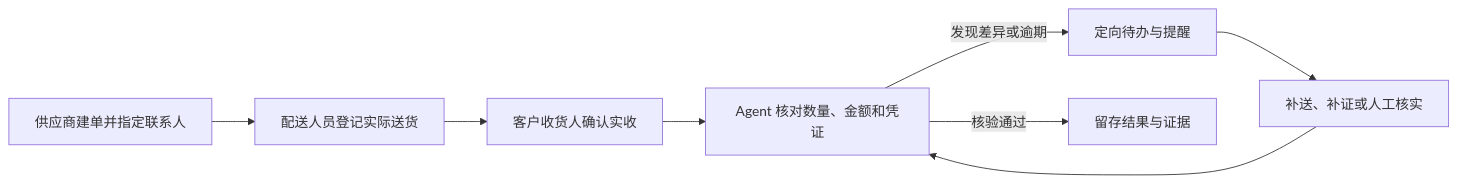
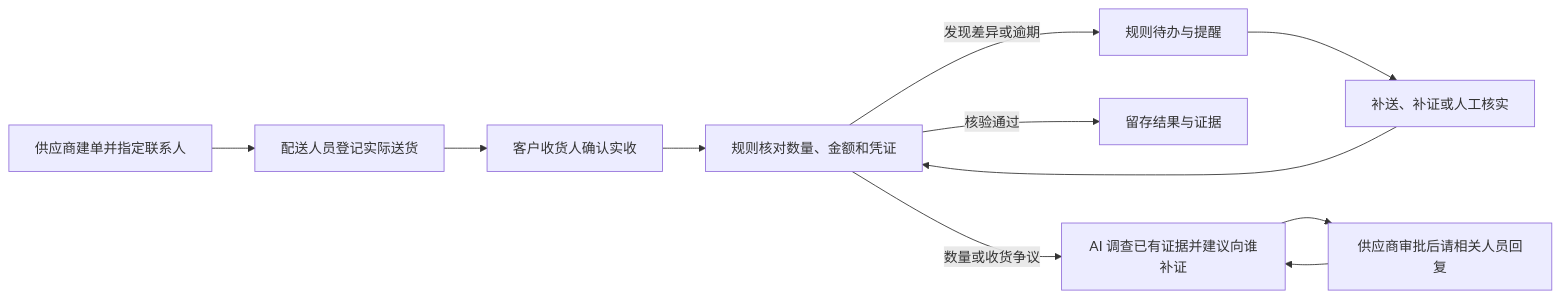
The diagram in README.md (Galaxy527/DeliveryProof-Agent), drawn with Mermaid before and after one commit. The commit also changed other lines of this file and 5 other files, not shown here.

````diff
--- a/README.md
+++ b/README.md
@@ -11,10 +11,13 @@
 ```mermaid
 flowchart LR
     A[供应商建单并指定联系人] --> B[配送人员登记实际送货]
     B --> C[客户收货人确认实收]
-    C --> D[Agent 核对数量、金额和凭证]
-    D -->|发现差异或逾期| E[定向待办与提醒]
+    C --> D[规则核对数量、金额和凭证]
+    D -->|发现差异或逾期| E[规则待办与提醒]
     E --> F[补送、补证或人工核实]
     F --> D
     D -->|核验通过| G[留存结果与证据]
+    D -->|数量或收货争议| H[AI 调查已有证据并建议向谁补证]
+    H --> I[供应商审批后请相关人员回复]
+    I --> H
 ```
````
